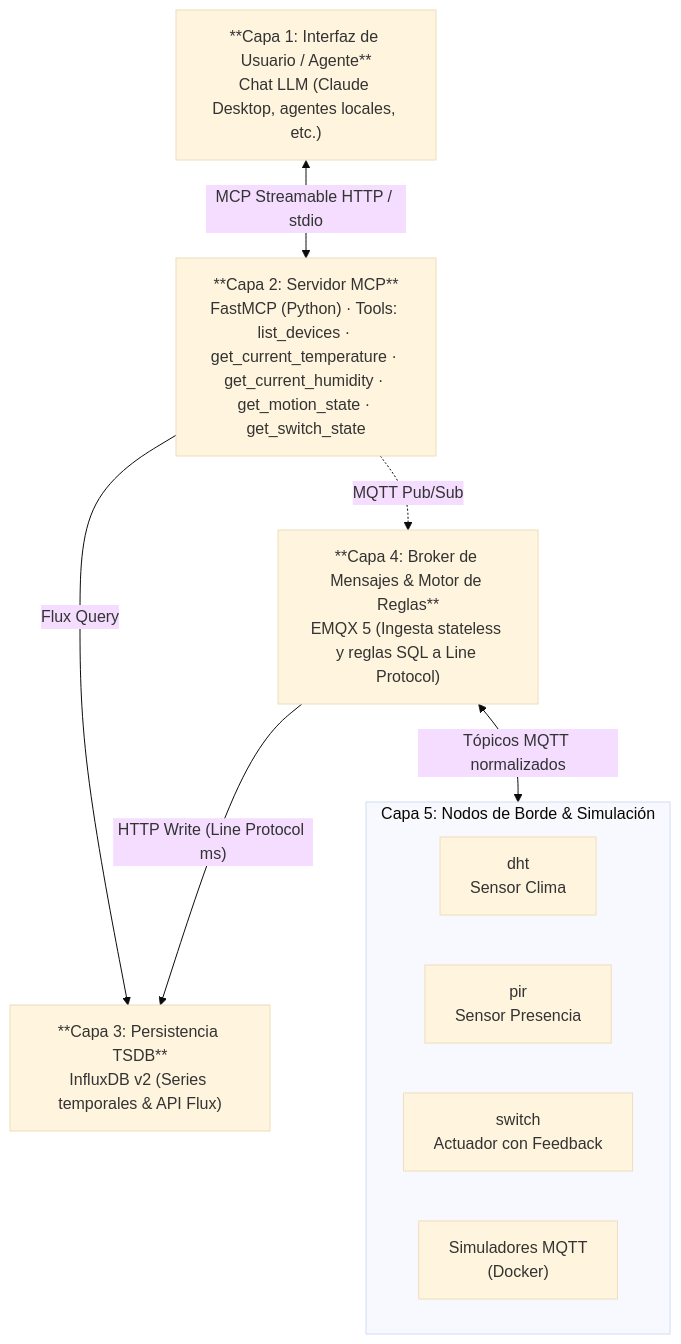
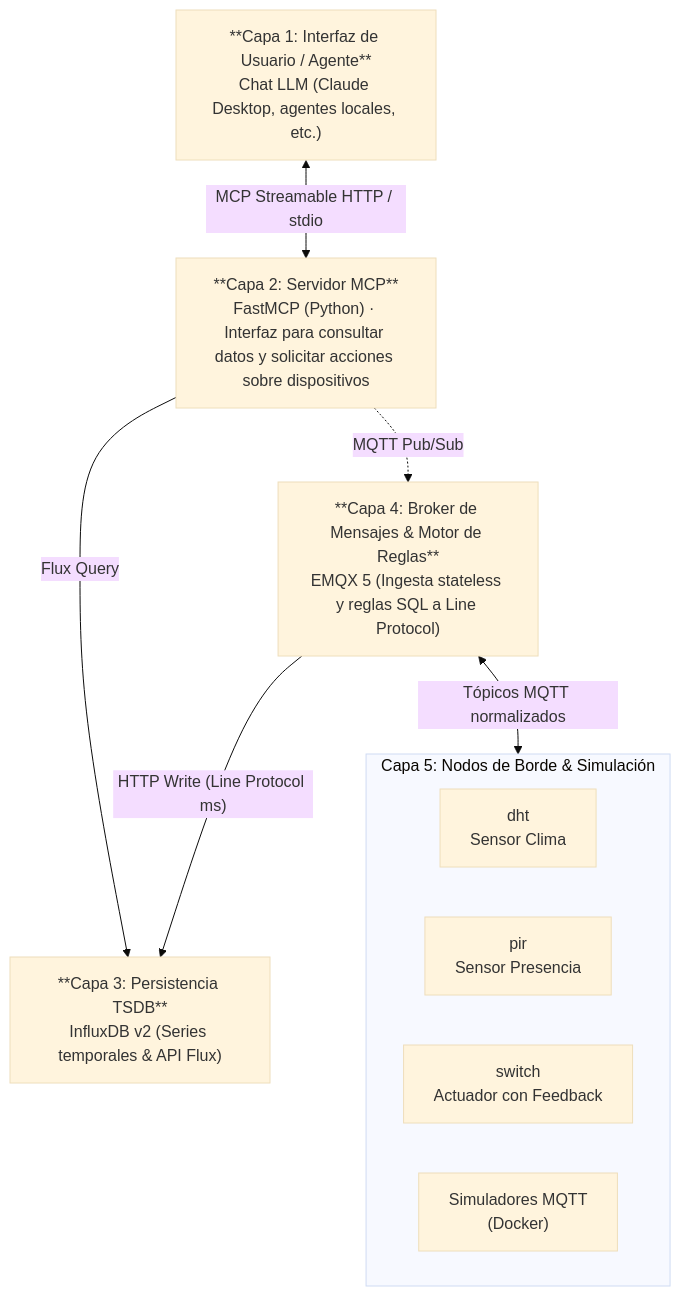
Before and after one commit to tpII/2026-g4-sensorhub: the diagram in README.md, drawn with Mermaid (base theme). The commit also changed other lines of this file, not shown here.

````diff
--- a/README.md
+++ b/README.md
@@ -48,24 +37,24 @@
 ```mermaid
 flowchart TD
     C1["**Capa 1: Interfaz de Usuario / Agente**<br/>Chat LLM (Claude Desktop, agentes locales, etc.)"]
 
-    C2["**Capa 2: Servidor MCP**<br/>FastMCP (Python) · Tools: list_devices · get_current_temperature · get_current_humidity · get_motion_state · get_switch_state"]
+    C2["**Capa 2: Servidor MCP**<br/>FastMCP (Python) · Interfaz para consultar datos y solicitar acciones sobre dispositivos"]
 
     C3["**Capa 3: Persistencia TSDB**<br/>InfluxDB v2 (Series temporales & API Flux)"]
 
     C4["**Capa 4: Broker de Mensajes & Motor de Reglas**<br/>EMQX 5 (Ingesta stateless y reglas SQL a Line Protocol)"]
 
     subgraph C5["Capa 5: Nodos de Borde & Simulación"]
         direction LR
         dht["dht<br/>Sensor Clima"]
         pir["pir<br/>Sensor Presencia"]
         sw["switch<br/>Actuador con Feedback"]
         sim["Simuladores MQTT<br/>(Docker)"]
     end
 
     C1 <-->|"MCP Streamable HTTP / stdio"| C2
     C2 -->|"Flux Query"| C3
     C2 -.->|"MQTT Pub/Sub"| C4
     C4 -->|"HTTP Write (Line Protocol ms)"| C3
     C4 <-->|"Tópicos MQTT normalizados"| C5
 ```
````
